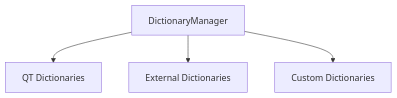
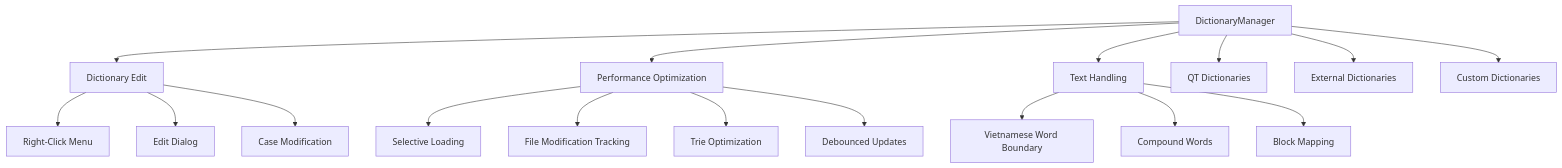
The fourth of 9 diagrams in memory-bank/systemPatterns.md (SmashPhoenix272/ZXReader), drawn with Mermaid before and after one commit. The commit also changed other lines of this file and 5 other files, not shown here.

````diff
--- a/memory-bank/systemPatterns.md
+++ b/memory-bank/systemPatterns.md
@@ -37,6 +37,22 @@
    ```mermaid
    flowchart TD
-       DictionaryManager[DictionaryManager] --> QTDictionaries[QT Dictionaries]
+       DictionaryManager[DictionaryManager] --> DictionaryEdit[Dictionary Edit]
+       DictionaryEdit --> RightClickMenu[Right-Click Menu]
+       DictionaryEdit --> EditDialog[Edit Dialog]
+       DictionaryEdit --> CaseModification[Case Modification]
+       
+       DictionaryManager --> Performance[Performance Optimization]
+       Performance --> SelectiveLoading[Selective Loading]
+       Performance --> FileTracking[File Modification Tracking]
+       Performance --> TrieOptimization[Trie Optimization]
+       Performance --> DebouncedUpdates[Debounced Updates]
+       
+       DictionaryManager --> TextHandling[Text Handling]
+       TextHandling --> WordBoundary[Vietnamese Word Boundary]
+       TextHandling --> CompoundWords[Compound Words]
+       TextHandling --> BlockMapping[Block Mapping]
+       
+       DictionaryManager --> QTDictionaries[QT Dictionaries]
        DictionaryManager --> ExternalDictionaries[External Dictionaries]
        DictionaryManager --> CustomDictionaries[Custom Dictionaries]
    ```
````
